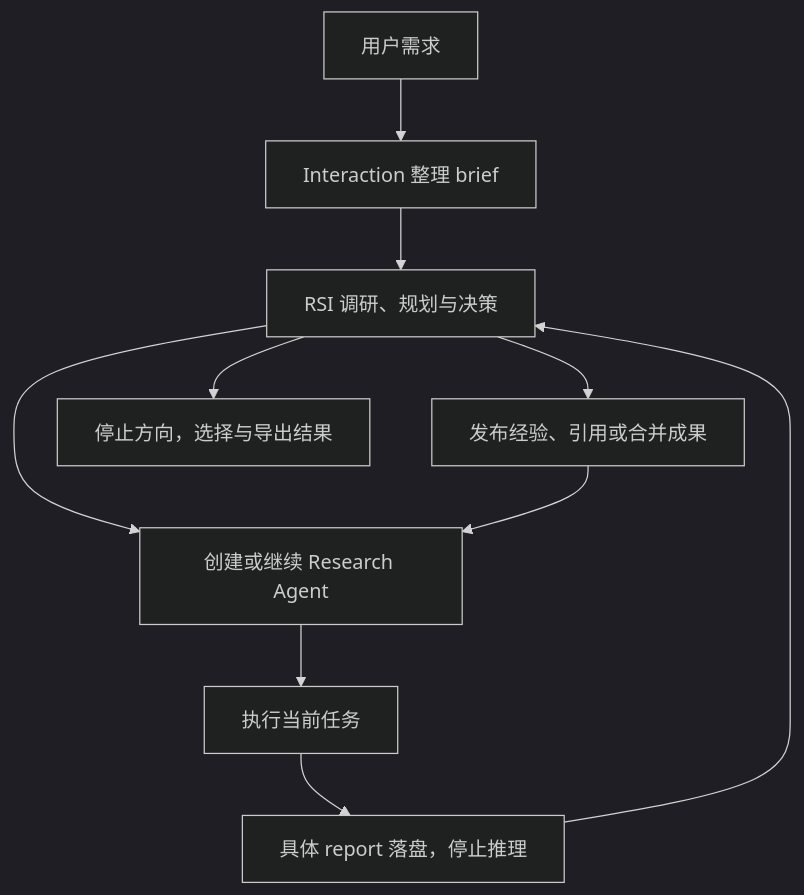
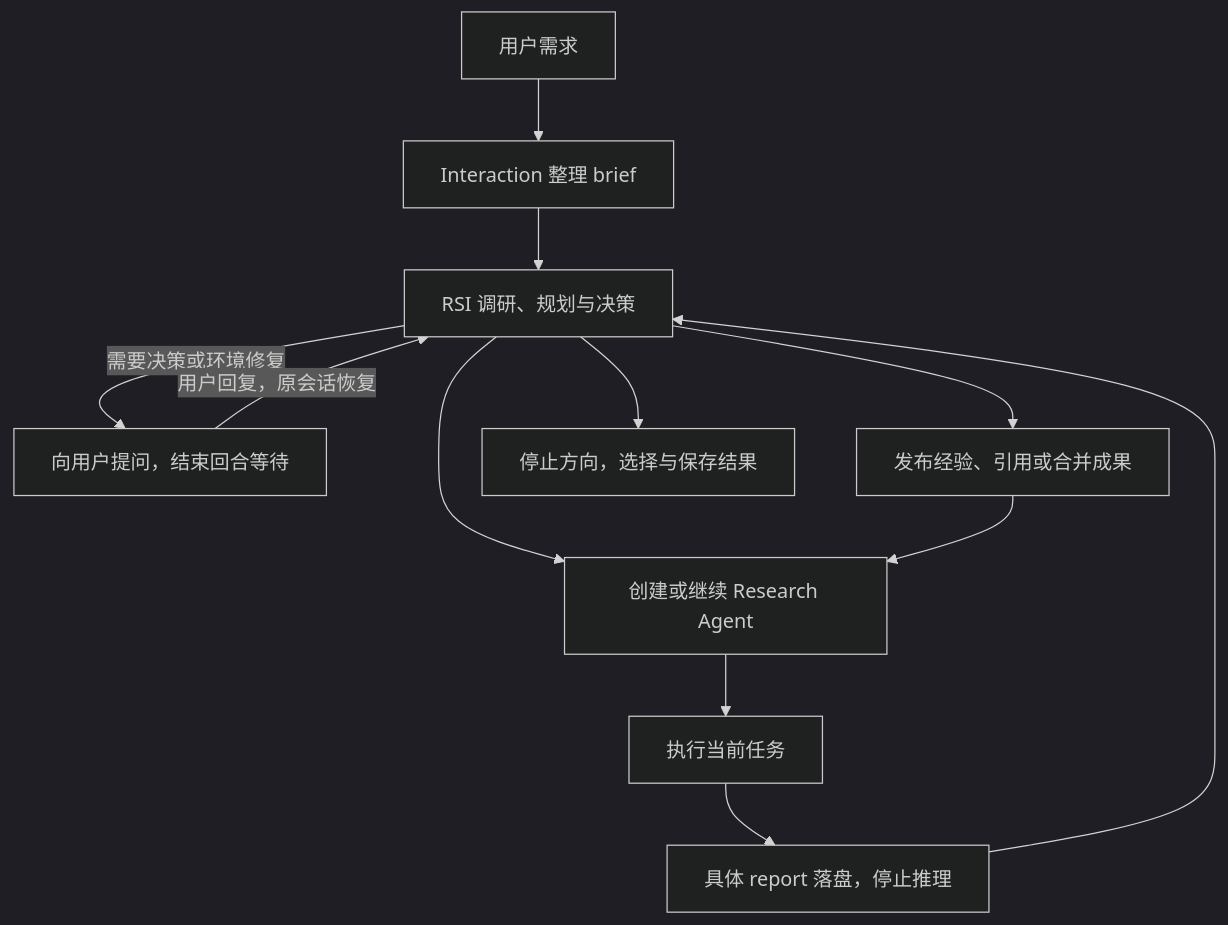
The diagram in docs/rsi-research-design.md (areal-project/AReaL-RSI), drawn with Mermaid (dark theme) before and after one commit. The commit also changed other lines of this file and 5 other files, not shown here.

````diff
--- a/docs/rsi-research-design.md
+++ b/docs/rsi-research-design.md
@@ -26,12 +26,14 @@
 ```mermaid
 flowchart TD
     U[用户需求] --> I[Interaction 整理 brief]
     I --> R[RSI 调研、规划与决策]
     R --> A[创建或继续 Research Agent]
     A --> N[执行当前任务]
     N --> P[具体 report 落盘，停止推理]
     P --> R
+    R -->|需要决策或环境修复| Q[向用户提问，结束回合等待]
+    Q -->|用户回复，原会话恢复| R
     R --> E[发布经验、引用或合并成果]
     E --> A
-    R --> F[停止方向，选择与导出结果]
+    R --> F[停止方向，选择与保存结果]
 ```
````
